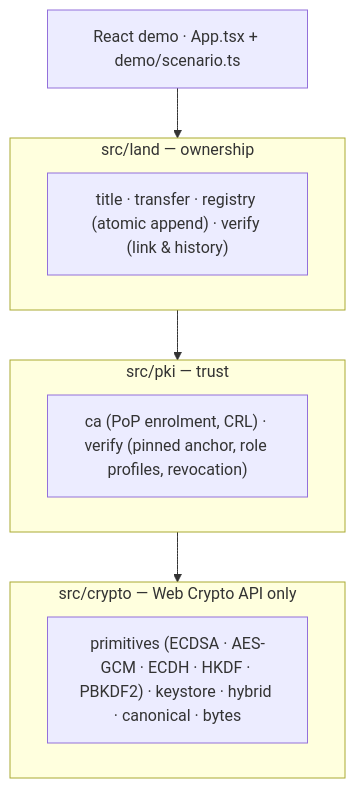
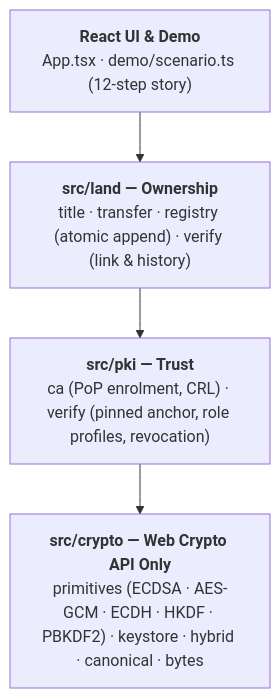
One commit to anmol-chhetri-G/Bhumisign changed the second of 2 diagrams in README.md. Above: the diagram before and after it, drawn with Mermaid. The commit also changed other lines of this file and 14 other files, not shown here.

````diff
--- a/README.md
+++ b/README.md
@@ -60,15 +60,11 @@
 ```mermaid
 flowchart TD
-    UI["React demo · App.tsx + demo/scenario.ts"] --> LAND
-    subgraph LAND["src/land — ownership"]
-        L1["title · transfer · registry (atomic append) · verify (link & history)"]
-    end
+    UI["<b>React UI & Demo</b><br/>App.tsx · demo/scenario.ts (12-step story)"]
+    LAND["<b>src/land — Ownership</b><br/>title · transfer · registry (atomic append) · verify (link & history)"]
+    PKI["<b>src/pki — Trust</b><br/>ca (PoP enrolment, CRL) · verify (pinned anchor, role profiles, revocation)"]
+    CRYPTO["<b>src/crypto — Web Crypto API Only</b><br/>primitives (ECDSA · AES-GCM · ECDH · HKDF · PBKDF2) · keystore · hybrid · canonical · bytes"]
+
+    UI --> LAND
     LAND --> PKI
-    subgraph PKI["src/pki — trust"]
-        P1["ca (PoP enrolment, CRL) · verify (pinned anchor, role profiles, revocation)"]
-    end
     PKI --> CRYPTO
-    subgraph CRYPTO["src/crypto — Web Crypto API only"]
-        C1["primitives (ECDSA · AES-GCM · ECDH · HKDF · PBKDF2) · keystore · hybrid · canonical · bytes"]
-    end
 ```
````
